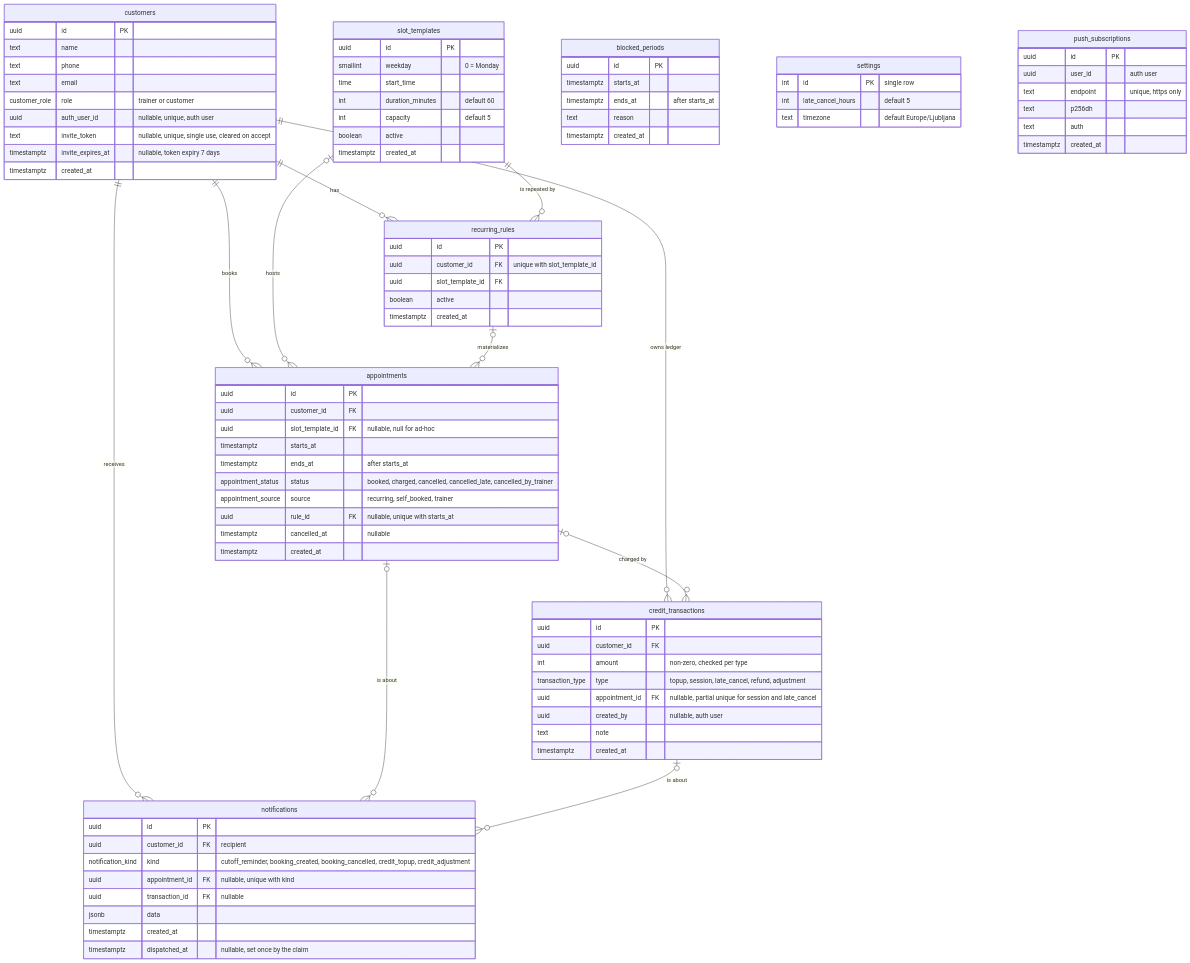
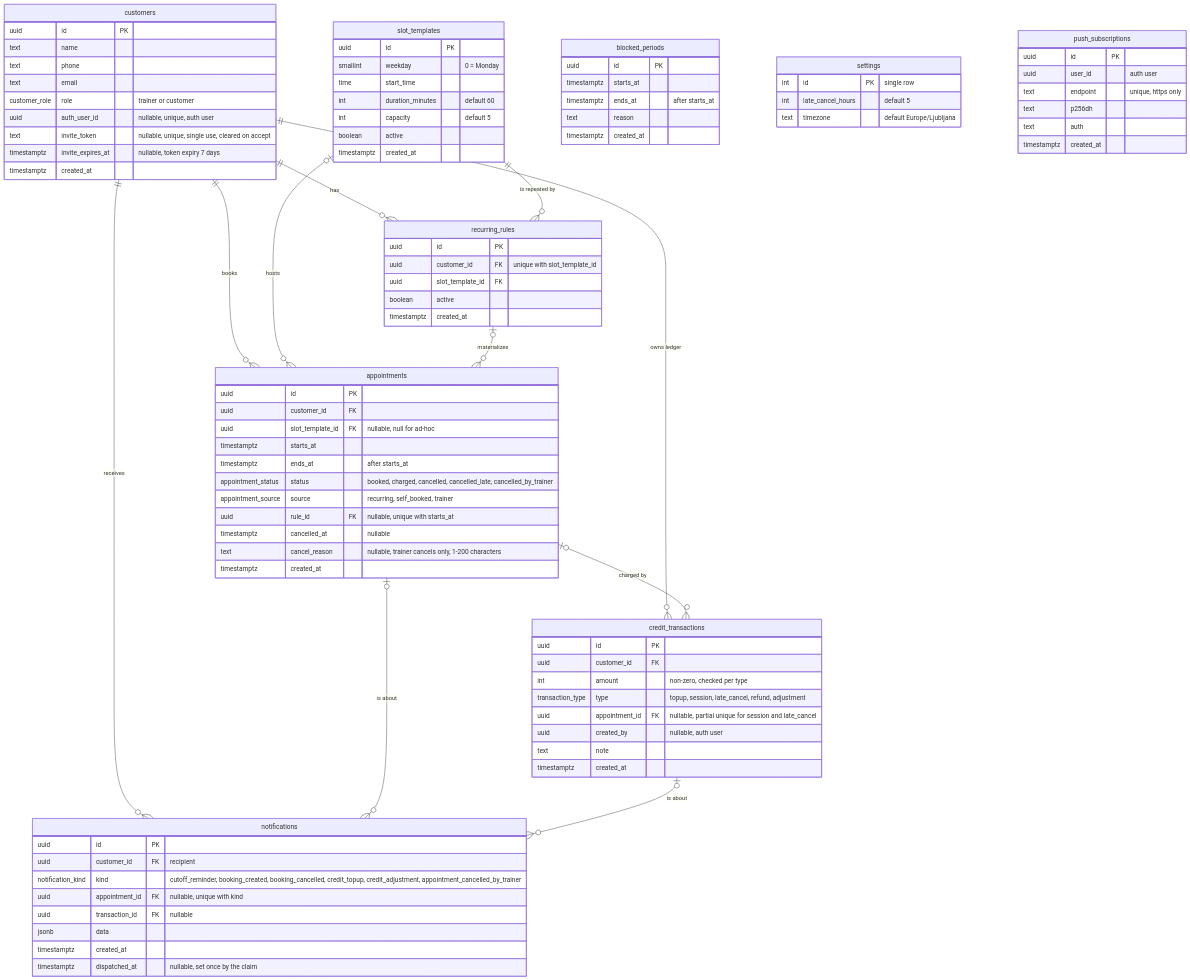
One commit to JasaGlazar/amrap changed the diagram in docs/architecture/data-model.md. Above: the diagram before and after it, drawn with Mermaid. The commit also changed 14 other files, not shown here.

First line of the commit message:
feat(db): trainer cancel reason and customer notification (#18)

```diff
--- a/docs/architecture/data-model.md
+++ b/docs/architecture/data-model.md
@@ -54,6 +54,7 @@
         appointment_source source "recurring, self_booked, trainer"
         uuid rule_id FK "nullable, unique with starts_at"
         timestamptz cancelled_at "nullable"
+        text cancel_reason "nullable, trainer cancels only, 1-200 characters"
         timestamptz created_at
     }
     credit_transactions {
@@ -89,7 +90,7 @@
     notifications {
         uuid id PK
         uuid customer_id FK "recipient"
-        notification_kind kind "cutoff_reminder, booking_created, booking_cancelled, credit_topup, credit_adjustment"
+        notification_kind kind "cutoff_reminder, booking_created, booking_cancelled, credit_topup, credit_adjustment, appointment_cancelled_by_trainer"
         uuid appointment_id FK "nullable, unique with kind"
         uuid transaction_id FK "nullable"
         jsonb data
```
